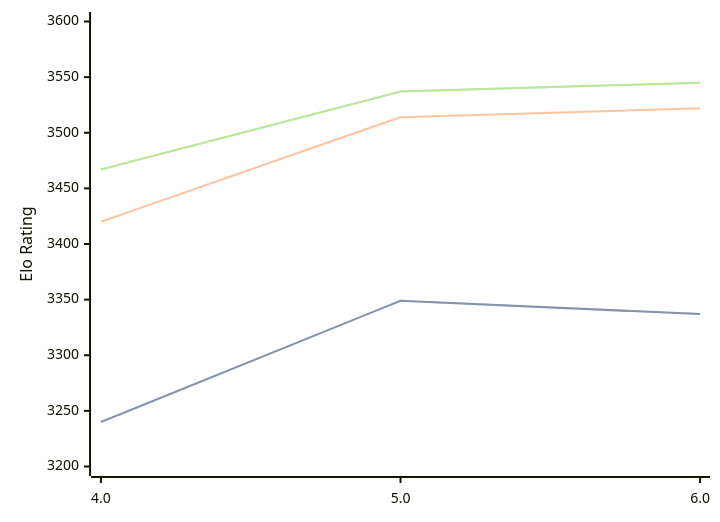
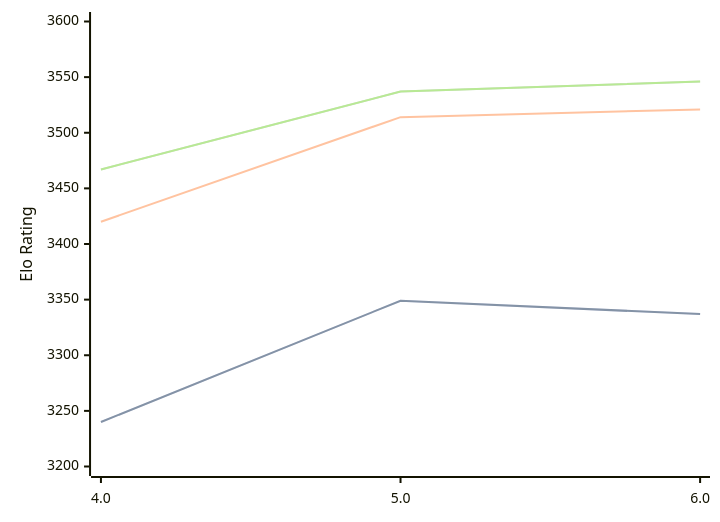
Before and after one commit to computer-chess-index/cci: the diagram in engines/Tarnished.md, drawn with Mermaid. The commit also changed other lines of this file, not shown here.

Commit message:
Update CCI Ratings (ELO VLTC) - 2026-07-21

````diff
--- a/engines/Tarnished.md
+++ b/engines/Tarnished.md
@@ -37,11 +37,11 @@
 ```mermaid
 %%{init: {"theme":"base","themeVariables":{"seriesColors:['#a3a3a3','#222221','#faa371']}}}%%
 xychart-beta
   x-axis ["4.0", "5.0", "6.0"]
   y-axis "Elo Rating" 3200 --> 3600
   line "STC (8.0+0.08s)" [3240, 3349, 3337]
   line "STC (8.0+0.08s)" [3240, 3349, 3337]
-  line "LTC (60.0+0.60s)" [3420, 3514, 3522]
-  line "VLTC (2m24s+1.12s)" [3467, 3537, 3545]
-  line "VLTC (2m24s+1.12s)" [3467, 3537, 3545]
+  line "LTC (60.0+0.60s)" [3420, 3514, 3521]
+  line "VLTC (2m24s+1.12s)" [3467, 3537, 3546]
+  line "VLTC (2m24s+1.12s)" [3467, 3537, 3546]
 ```
````
